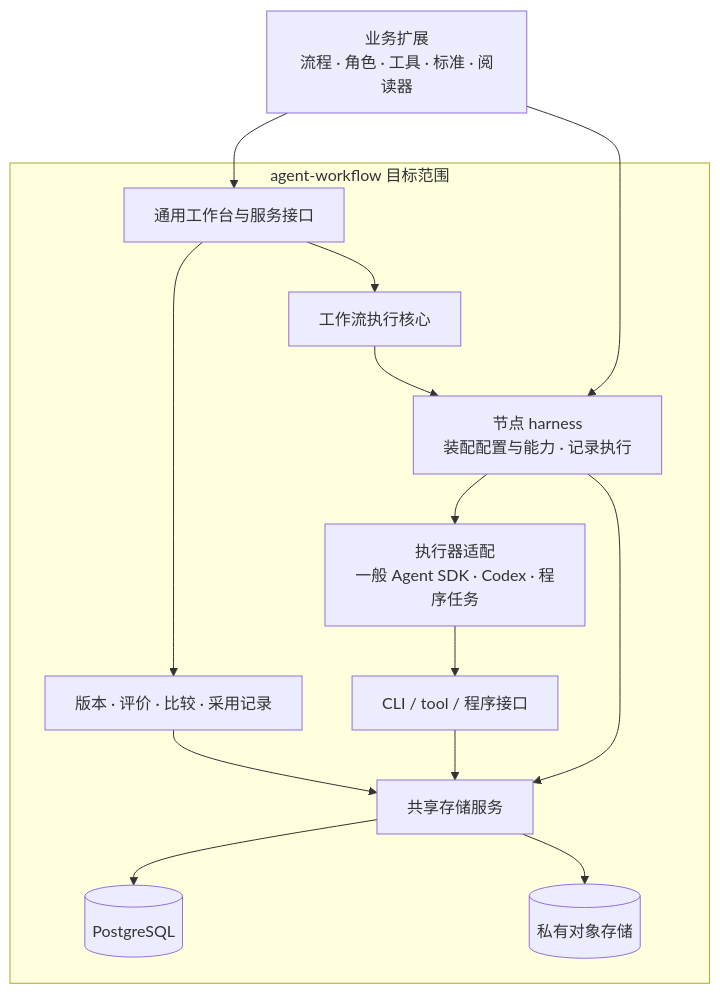
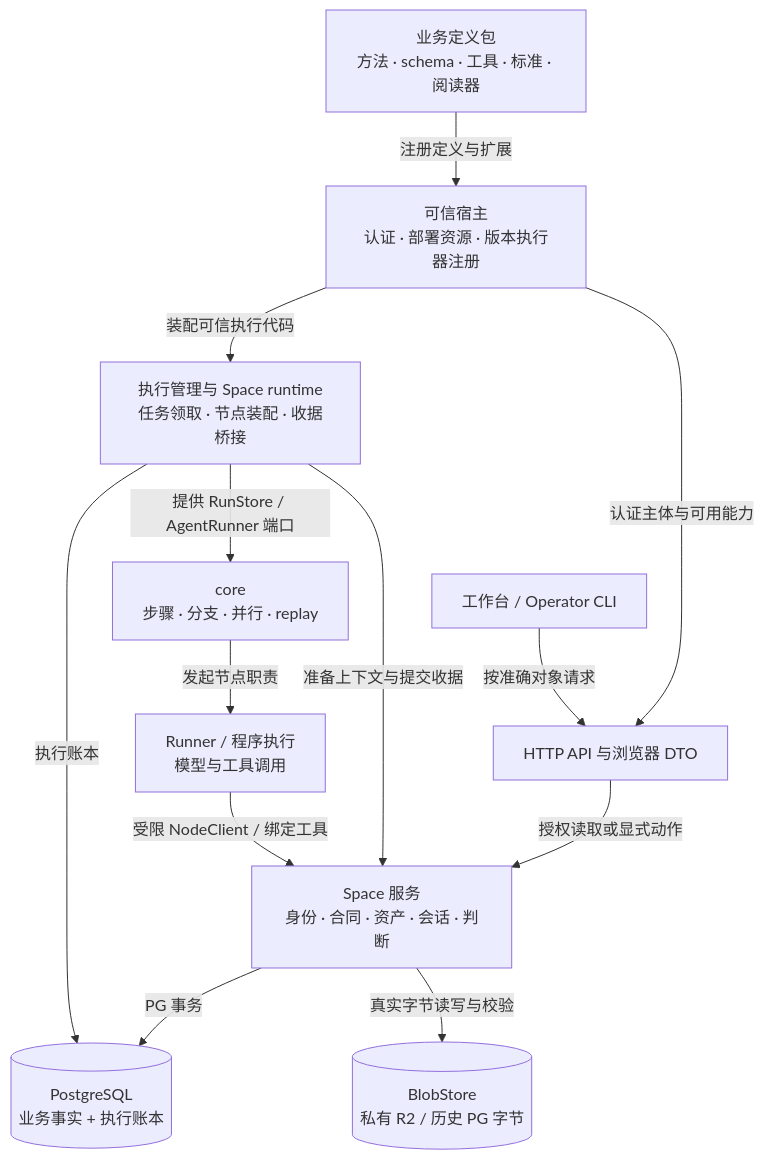
The diagram in docs/architecture.md (cyl19970726/agent-workflow), drawn with Mermaid before and after one commit. The commit also changed other lines of this file and 197 other files, not shown here.

Commit message:
Migrate shared harness to PostgreSQL, Agent SDK, and Space workflows

````diff
--- a/docs/architecture.md
+++ b/docs/architecture.md
@@ -13,23 +24,25 @@
 ```mermaid
 flowchart TB
-  B[业务扩展<br/>流程 · 角色 · 工具 · 标准 · 阅读器]
-  subgraph AW[agent-workflow 目标范围]
-    U[通用工作台与服务接口]
-    I[版本 · 评价 · 比较 · 采用记录]
-    H[节点 harness<br/>装配配置与能力 · 记录执行]
-    C[工作流执行核心]
-    E[执行器适配<br/>一般 Agent SDK · Codex · 程序任务]
-    A[CLI / tool / 程序接口]
-    D[共享存储服务]
-    P[(PostgreSQL)]
-    O[(私有对象存储)]
-    U --> C --> H --> E
-    U --> I --> D
-    E --> A --> D
-    H --> D
-    D --> P
-    D --> O
-  end
-  B --> U
-  B --> H
+  B[业务定义包<br/>方法 · schema · 工具 · 标准 · 阅读器]
+  H[可信宿主<br/>认证 · 部署资源 · 版本执行器注册]
+  U[工作台 / Operator CLI]
+  A[HTTP API 与浏览器 DTO]
+  S[Space 服务<br/>身份 · 合同 · 资产 · 会话 · 判断]
+  X[执行管理与 Space runtime<br/>任务领取 · 节点装配 · 收据桥接]
+  C[core<br/>步骤 · 分支 · 并行 · replay]
+  R[Runner / 程序执行<br/>模型与工具调用]
+  P[(PostgreSQL<br/>业务事实 + 执行账本)]
+  O[(BlobStore<br/>私有 R2 / 历史 PG 字节)]
+  B -->|注册定义与扩展| H
+  H -->|认证主体与可用能力| A
+  U -->|按准确对象请求| A
+  A -->|授权读取或显式动作| S
+  H -->|装配可信执行代码| X
+  X -->|提供 RunStore / AgentRunner 端口| C
+  C -->|发起节点职责| R
+  X -->|准备上下文与提交收据| S
+  R -->|受限 NodeClient / 绑定工具| S
+  S -->|PG 事务| P
+  X -->|执行账本| P
+  S -->|真实字节读写与校验| O
 ```
````
